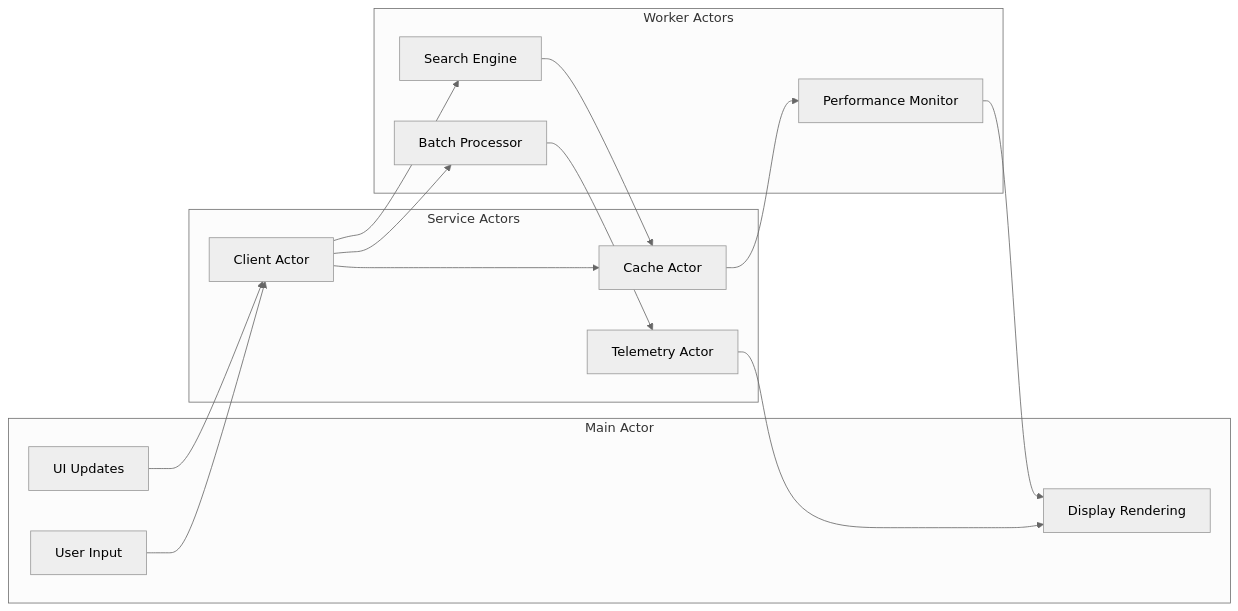
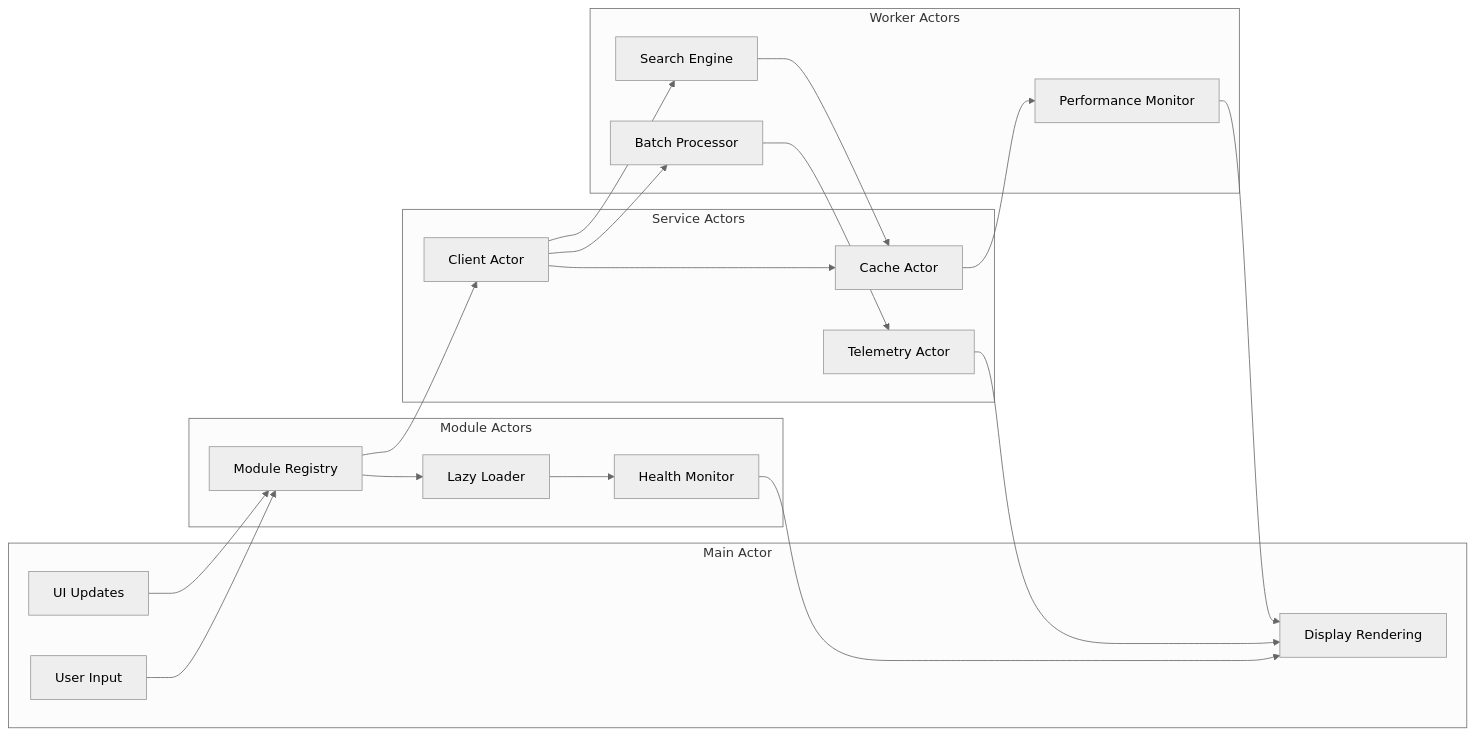
Before and after one commit to bluejayA/substation: the sixth of 8 diagrams in docs/architecture/overview.md, drawn with Mermaid (neutral theme). The commit also changed other lines of this file and 51 other files, not shown here.

````diff
--- a/docs/architecture/overview.md
+++ b/docs/architecture/overview.md
@@ -247,34 +457,45 @@
 ```mermaid
 graph LR
     subgraph "Main Actor"
         UI[UI Updates]
         Input[User Input]
         Display[Display Rendering]
+    end
+
+    subgraph "Module Actors"
+        Registry[Module Registry]
+        Loader[Lazy Loader]
+        Health[Health Monitor]
     end
 
     subgraph "Service Actors"
         Client[Client Actor]
         Cache[Cache Actor]
         Telemetry[Telemetry Actor]
     end
 
     subgraph "Worker Actors"
         Batch[Batch Processor]
         Search[Search Engine]
         Monitor[Performance Monitor]
     end
 
-    UI --> Client
-    Input --> Client
+    UI --> Registry
+    Input --> Registry
 
+    Registry --> Loader
+    Loader --> Health
+
+    Registry --> Client
     Client --> Cache
     Client --> Batch
     Client --> Search
 
     Cache --> Monitor
     Batch --> Telemetry
     Search --> Cache
 
     Monitor --> Display
     Telemetry --> Display
+    Health --> Display
 ```
````
